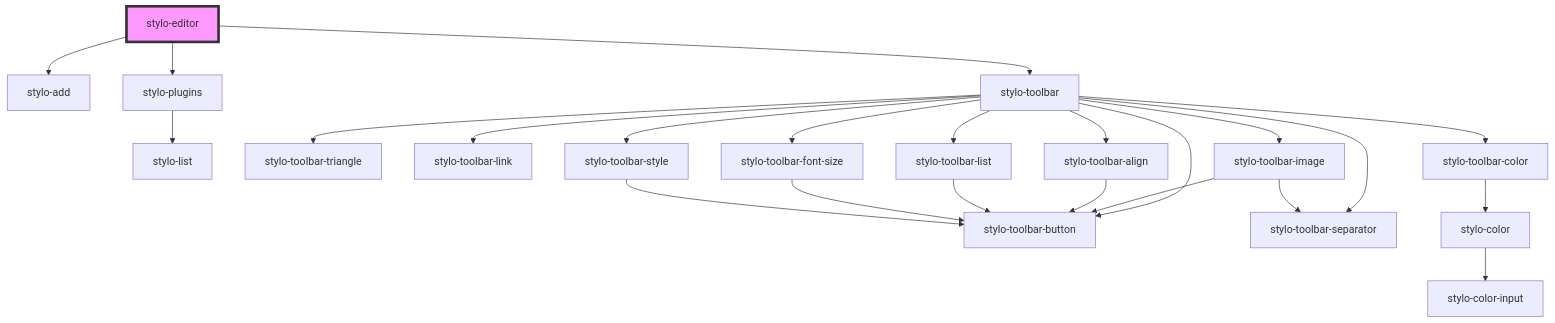
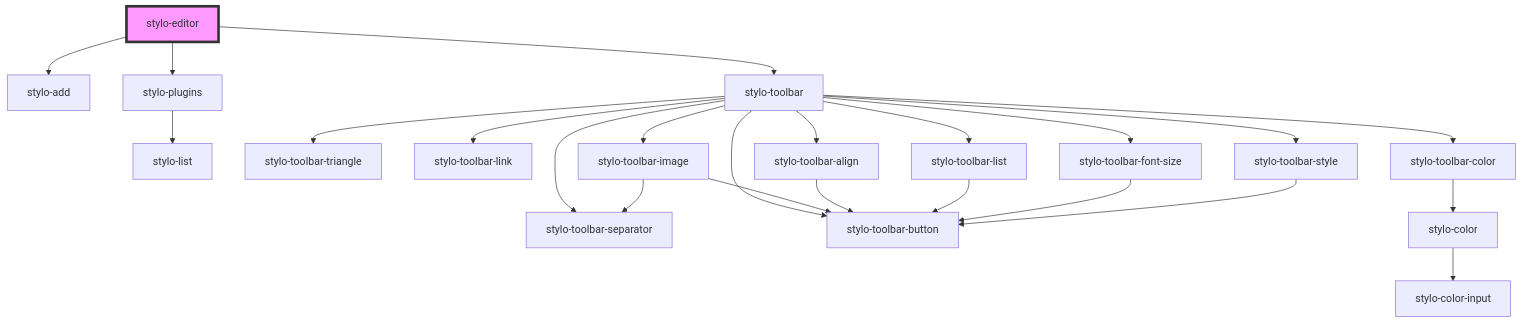
The diagram in src/components/editor/readme.md (peterpeterparker/stylo), drawn with Mermaid before and after one commit. The commit also changed other lines of this file and 7 other files, not shown here.

````diff
--- a/src/components/editor/readme.md
+++ b/src/components/editor/readme.md
@@ -22,26 +22,26 @@
 ```mermaid
 graph TD;
   stylo-editor --> stylo-add
   stylo-editor --> stylo-plugins
   stylo-editor --> stylo-toolbar
   stylo-plugins --> stylo-list
   stylo-toolbar --> stylo-toolbar-triangle
   stylo-toolbar --> stylo-toolbar-link
   stylo-toolbar --> stylo-toolbar-color
   stylo-toolbar --> stylo-toolbar-image
   stylo-toolbar --> stylo-toolbar-align
   stylo-toolbar --> stylo-toolbar-list
   stylo-toolbar --> stylo-toolbar-font-size
+  stylo-toolbar --> stylo-toolbar-separator
+  stylo-toolbar --> stylo-toolbar-button
   stylo-toolbar --> stylo-toolbar-style
-  stylo-toolbar --> stylo-toolbar-button
-  stylo-toolbar --> stylo-toolbar-separator
   stylo-toolbar-color --> stylo-color
   stylo-color --> stylo-color-input
   stylo-toolbar-image --> stylo-toolbar-button
   stylo-toolbar-image --> stylo-toolbar-separator
   stylo-toolbar-align --> stylo-toolbar-button
   stylo-toolbar-list --> stylo-toolbar-button
   stylo-toolbar-font-size --> stylo-toolbar-button
   stylo-toolbar-style --> stylo-toolbar-button
   style stylo-editor fill:#f9f,stroke:#333,stroke-width:4px
 ```
````
